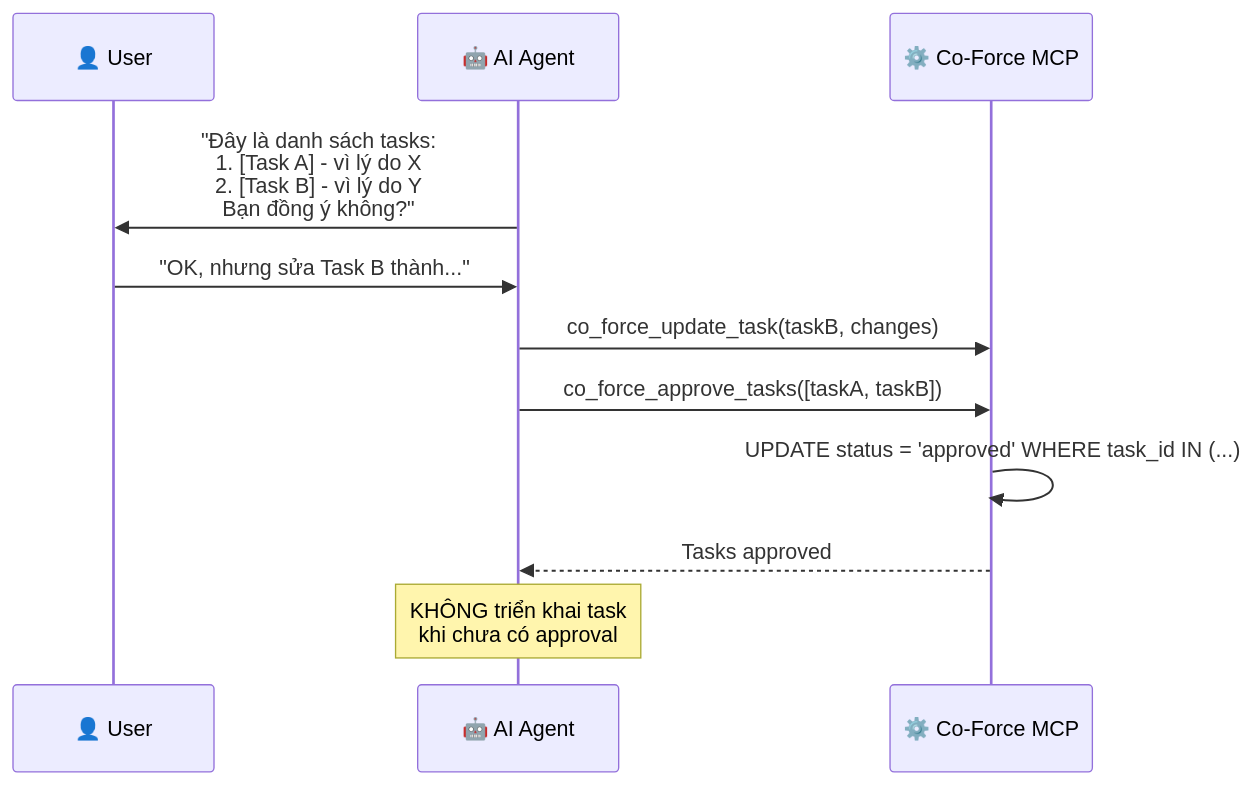
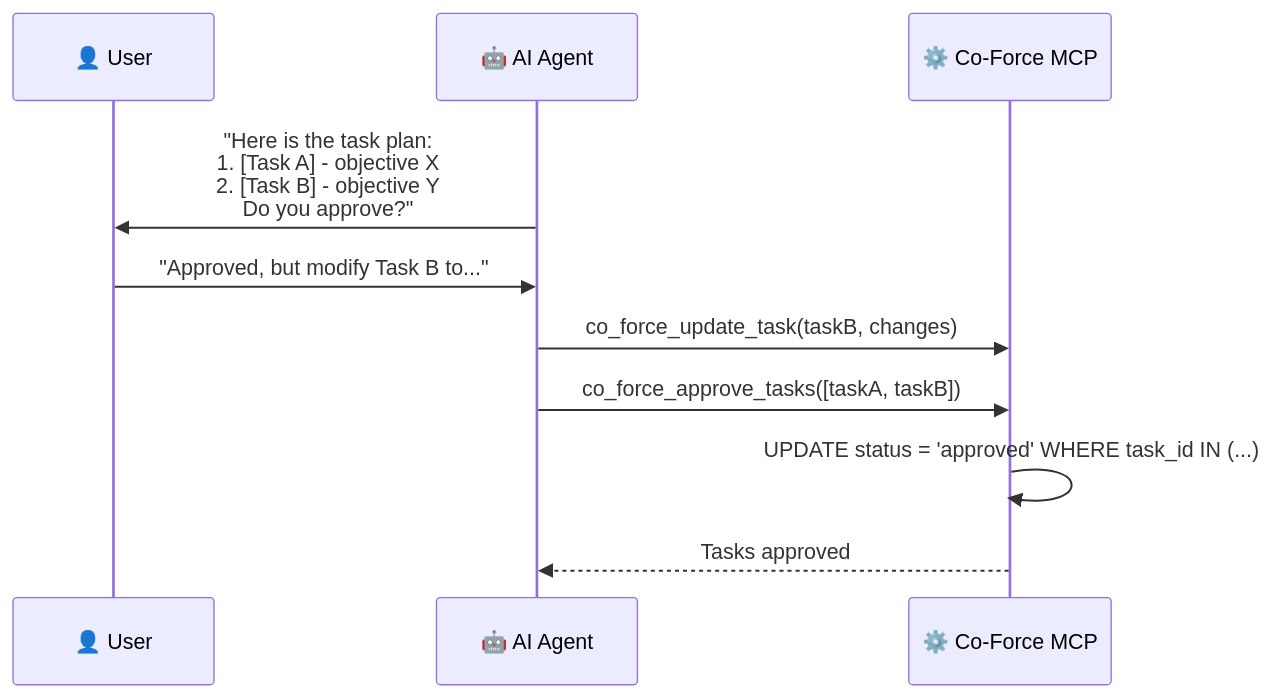
The ninth of 29 diagrams in docs/URD.md (hiimtrung/co-force), drawn with Mermaid before and after one commit. The commit also changed other lines of this file and 17 other files, not shown here.

````diff
--- a/docs/URD.md
+++ b/docs/URD.md
@@ -769,17 +695,15 @@
 ```mermaid
 sequenceDiagram
     participant User as 👤 User
     participant Agent as 🤖 AI Agent
     participant MCP as ⚙️ Co-Force MCP
 
-    Agent->>User: "Đây là danh sách tasks:<br/>1. [Task A] - vì lý do X<br/>2. [Task B] - vì lý do Y<br/>Bạn đồng ý không?"
+    Agent->>User: "Here is the task plan:<br/>1. [Task A] - objective X<br/>2. [Task B] - objective Y<br/>Do you approve?"
 
-    User->>Agent: "OK, nhưng sửa Task B thành..."
+    User->>Agent: "Approved, but modify Task B to..."
 
     Agent->>MCP: co_force_update_task(taskB, changes)
     Agent->>MCP: co_force_approve_tasks([taskA, taskB])
     MCP->>MCP: UPDATE status = 'approved' WHERE task_id IN (...)
     MCP-->>Agent: Tasks approved
-
-    Note over Agent: KHÔNG triển khai task<br/>khi chưa có approval
 ```
````
